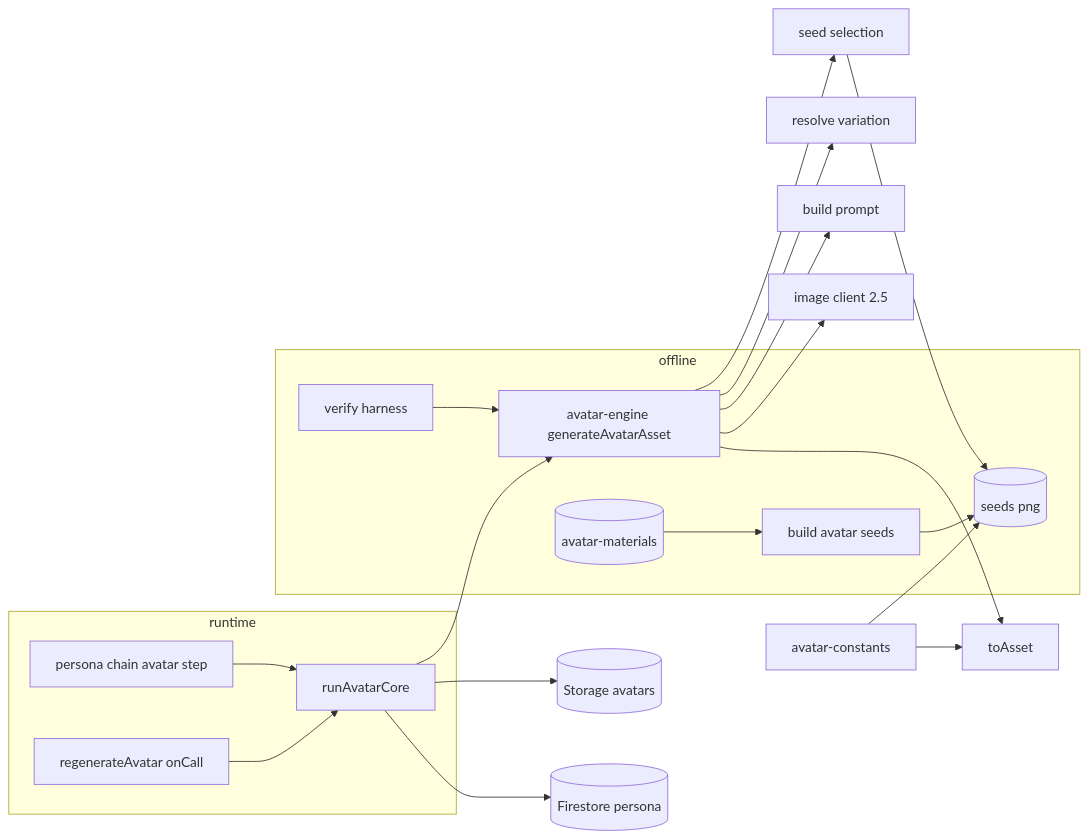
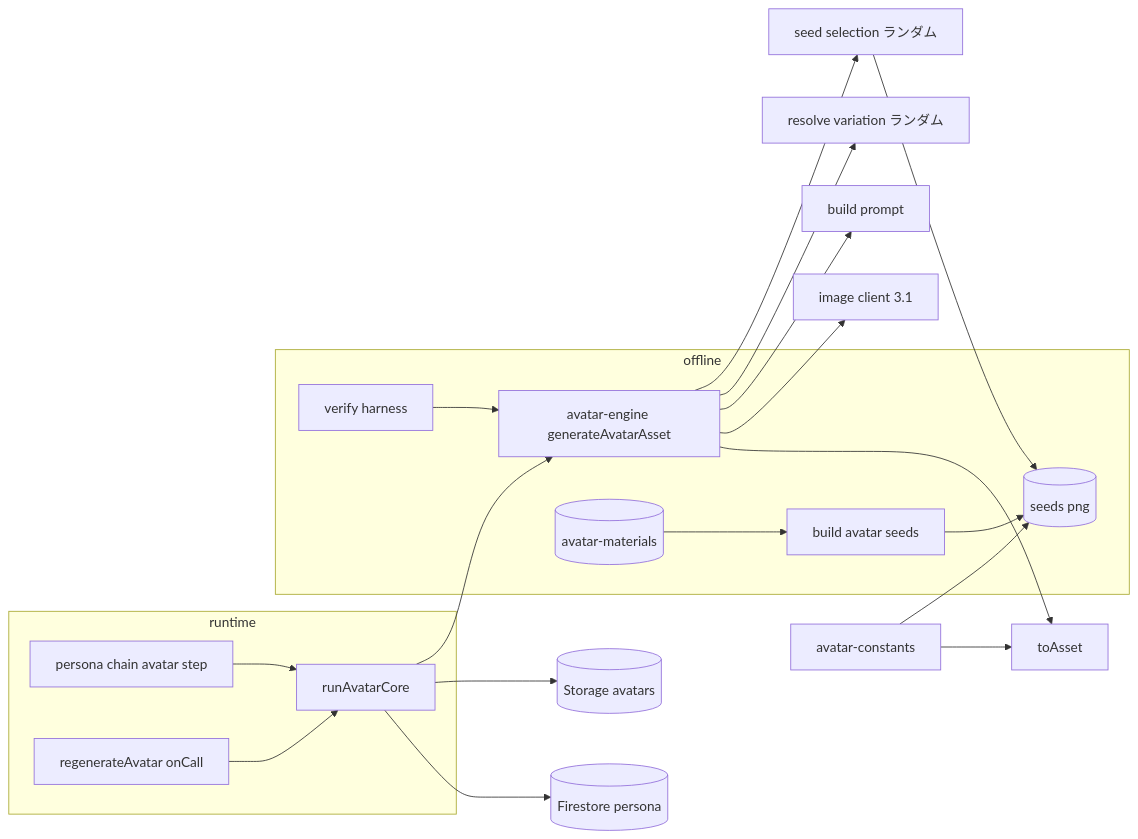
The first of 2 diagrams in .kiro/specs/avatar-generation-engine/design.md (iyodatakashi/logotope), drawn with Mermaid before and after one commit. The commit also changed other lines of this file and 3 other files, not shown here.

````diff
--- a/.kiro/specs/avatar-generation-engine/design.md
+++ b/.kiro/specs/avatar-generation-engine/design.md
@@ -112,23 +113,23 @@
 ```mermaid
 graph LR
     subgraph runtime
       PersonaChain[persona chain avatar step] --> RunAvatarCore[runAvatarCore]
       Regenerate[regenerateAvatar onCall] --> RunAvatarCore
     end
     subgraph offline
       Verify[verify harness] --> Engine
       BuildSeeds[build avatar seeds] --> Seeds[(seeds png)]
       Materials[(avatar-materials)] --> BuildSeeds
     end
     RunAvatarCore --> Engine[avatar-engine generateAvatarAsset]
-    Engine --> Selection[seed selection]
-    Engine --> Variation[resolve variation]
+    Engine --> Selection[seed selection ランダム]
+    Engine --> Variation[resolve variation ランダム]
     Engine --> Prompt[build prompt]
-    Engine --> Client[image client 2.5]
+    Engine --> Client[image client 3.1]
     Engine --> Postprocess[toAsset]
     Selection --> Seeds
     Constants[avatar-constants] --> Postprocess
     Constants --> Seeds
     RunAvatarCore --> Storage[(Storage avatars)]
     RunAvatarCore --> Firestore[(Firestore persona)]
 ```
````
